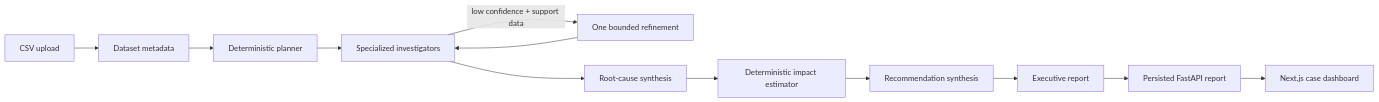
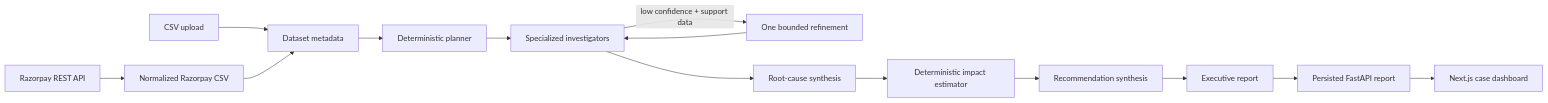
One commit to Aadersh2996/profit-forensics-engine changed the first of 2 diagrams in README.md. Above: the diagram before and after it, drawn with Mermaid. The commit also changed other lines of this file and 20 other files, not shown here.

````diff
--- a/README.md
+++ b/README.md
@@ -21,14 +21,16 @@
 ```mermaid
 flowchart LR
     CSV[CSV upload] --> META[Dataset metadata]
+    RZP[Razorpay REST API] --> NORM[Normalized Razorpay CSV]
+    NORM --> META
     META --> PLAN[Deterministic planner]
     PLAN --> INV[Specialized investigators]
     INV -->|low confidence + support data| RETRY[One bounded refinement]
     RETRY --> INV
     INV --> ROOT[Root-cause synthesis]
     ROOT --> IMPACT[Deterministic impact estimator]
     IMPACT --> REC[Recommendation synthesis]
     REC --> REPORT[Executive report]
     REPORT --> API[Persisted FastAPI report]
     API --> UI[Next.js case dashboard]
 ```
````
